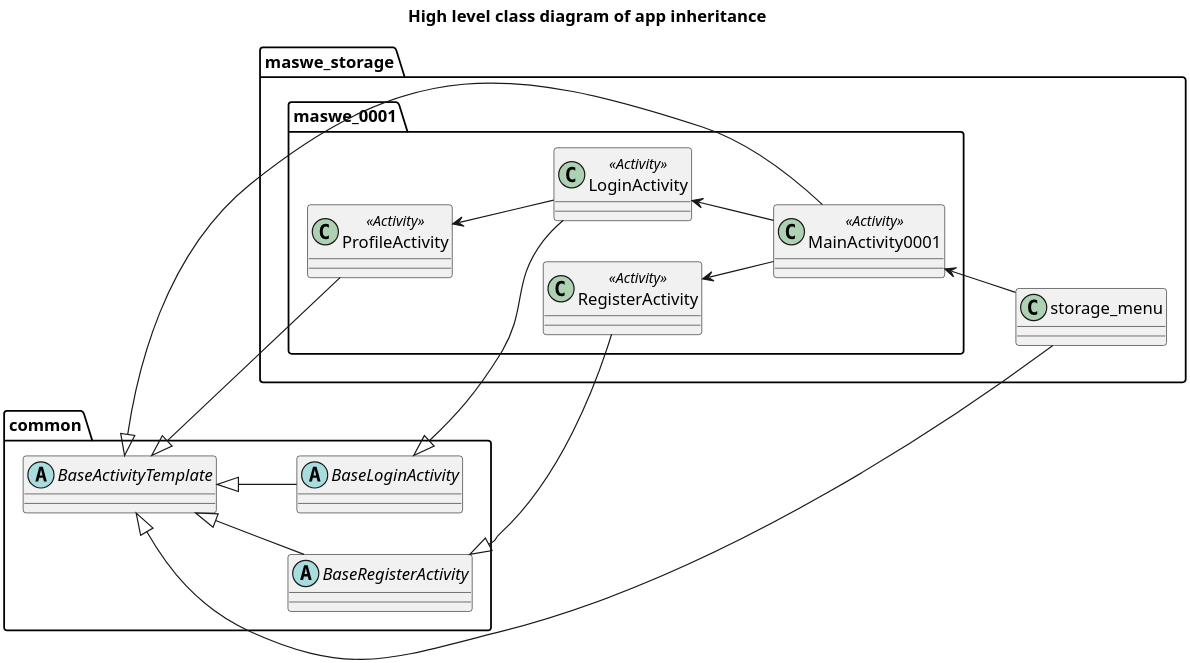
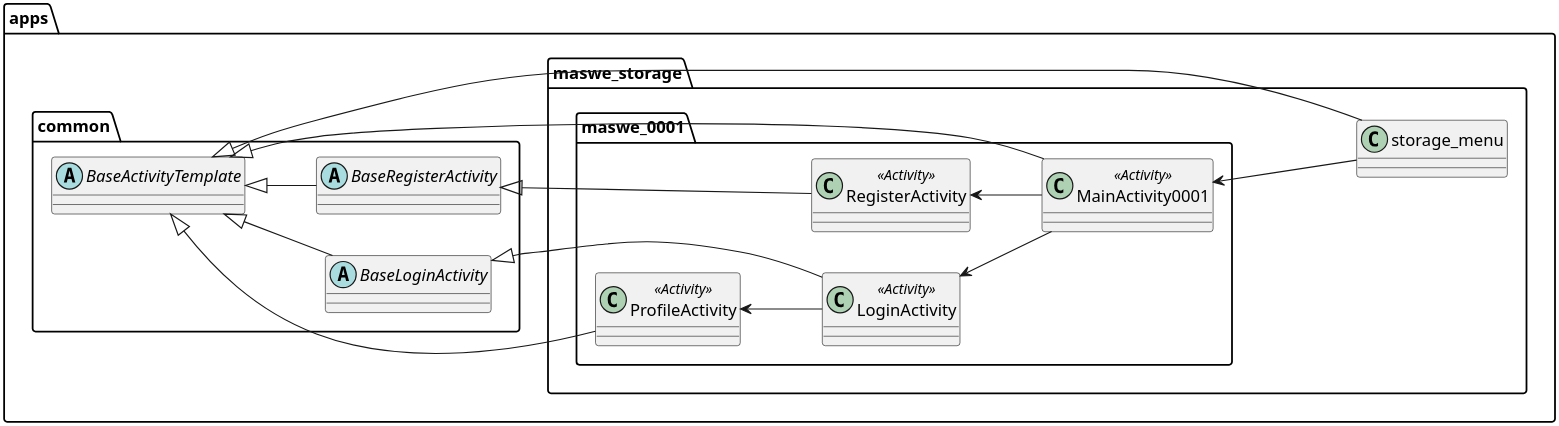
The diagram in apps/uml_diagrams/class_inheritance_highlevel.puml (domi-cmd/Reference_Application_for_OWASP_MASTG), drawn with PlantUML before and after one commit. The commit also changed 2 other files, not shown here.

Commit message:
Added two new uml diagrams to designated <uml_diagrams> folder, modified an old one

```diff
--- a/apps/uml_diagrams/class_inheritance_highlevel.puml
+++ b/apps/uml_diagrams/class_inheritance_highlevel.puml
@@ -1,48 +1,52 @@
 @startuml
 'https://plantuml.com/class-diagram
-title High level class diagram of app inheritance
+' title High level class diagram of app inheritance
 left to right direction
 skinparam classAttributeIconSize 0
 skinparam dpi 300
+skinparam linetype poly
 
-package common {
-    abstract class BaseActivityTemplate
-    abstract class BaseLoginActivity
-    abstract class BaseRegisterActivity
+package "apps"{
+    package common {
+        abstract class BaseActivityTemplate
+        abstract class BaseLoginActivity
+        abstract class BaseRegisterActivity
+    }
+
+
+    package maswe_storage{
+        class storage_menu
+
+        package maswe_0001{
+            class MainActivity0001 <<Activity>>
+            class RegisterActivity <<Activity>>
+            class LoginActivity <<Activity>>
+            class ProfileActivity <<Activity>>
+        }
+    }
 }
 
 
-package maswe_storage{
-    class storage_menu
-
-    package maswe_0001{
-        class MainActivity0001 <<Activity>>
-        class RegisterActivity <<Activity>>
-        class LoginActivity <<Activity>>
-        class ProfileActivity <<Activity>>
-    }
-}
-
 ' Usage
-MainActivity0001 <-- storage_menu
+MainActivity0001 <--- storage_menu
 RegisterActivity <-- MainActivity0001
 LoginActivity <-- MainActivity0001
 ProfileActivity <-- LoginActivity
 
 
 ' Inheritance
 BaseActivityTemplate <|-- BaseRegisterActivity
 BaseActivityTemplate <|-- BaseLoginActivity
 
 BaseRegisterActivity <|-- RegisterActivity
 BaseLoginActivity <|-- LoginActivity
-BaseActivityTemplate <|-- storage_menu
-BaseActivityTemplate <|-- MainActivity0001
-BaseActivityTemplate <|-- ProfileActivity
+BaseActivityTemplate <|---- storage_menu
+BaseActivityTemplate <|----- MainActivity0001
+BaseActivityTemplate <|--- ProfileActivity
 
 
 
 
 
 
 @enduml
```
